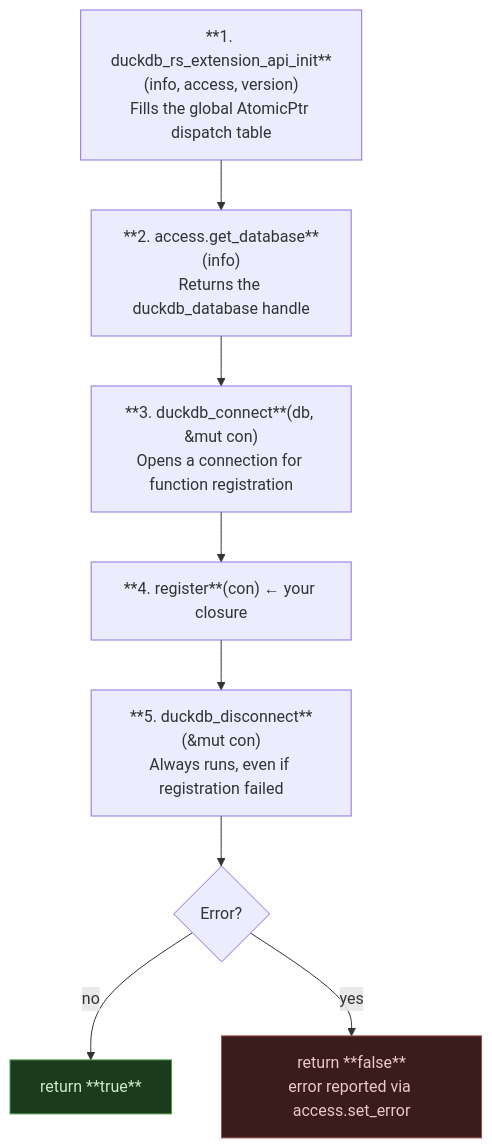
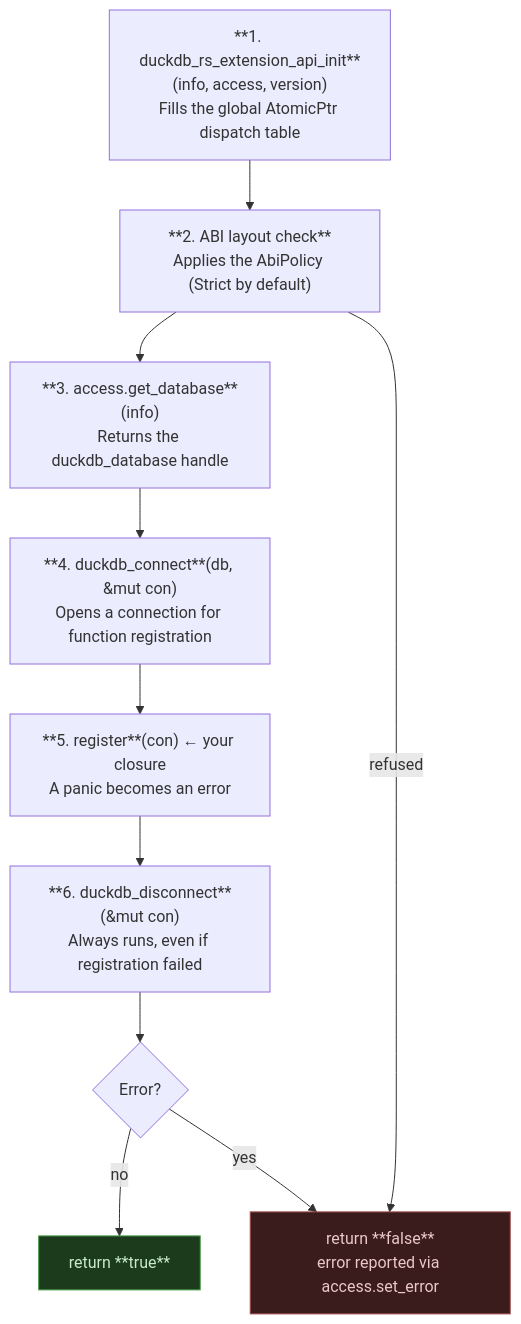
One commit to tomtom215/quack-rs changed the diagram in book/src/concepts/entry-point.md. Above: the diagram before and after it, drawn with Mermaid. The commit also changed other lines of this file and 18 other files, not shown here.

````diff
--- a/book/src/concepts/entry-point.md
+++ b/book/src/concepts/entry-point.md
@@ -134,18 +135,20 @@
 ```mermaid
 flowchart TD
     A["**1. duckdb_rs_extension_api_init**(info, access, version)<br/>Fills the global AtomicPtr dispatch table"]
-    B["**2. access.get_database**(info)<br/>Returns the duckdb_database handle"]
-    C["**3. duckdb_connect**(db, &amp;mut con)<br/>Opens a connection for function registration"]
-    D["**4. register**(con) ← your closure"]
-    E["**5. duckdb_disconnect**(&amp;mut con)<br/>Always runs, even if registration failed"]
+    L["**2. ABI layout check**<br/>Applies the AbiPolicy (Strict by default)"]
+    B["**3. access.get_database**(info)<br/>Returns the duckdb_database handle"]
+    C["**4. duckdb_connect**(db, &amp;mut con)<br/>Opens a connection for function registration"]
+    D["**5. register**(con) ← your closure<br/>A panic becomes an error"]
+    E["**6. duckdb_disconnect**(&amp;mut con)<br/>Always runs, even if registration failed"]
     F{Error?}
     G["return **true**"]
     H["return **false**<br/>error reported via access.set_error"]
 
-    A --> B --> C --> D --> E --> F
+    A --> L --> B --> C --> D --> E --> F
+    L -->|refused| H
     F -->|no| G
     F -->|yes| H
 
     style G fill:#1c3b1c,stroke:#4a9e4a,color:#c8ecc8
     style H fill:#3b1c1c,stroke:#9e4a4a,color:#ecc8c8
 ```
````
